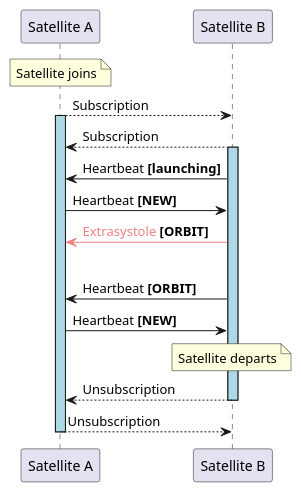
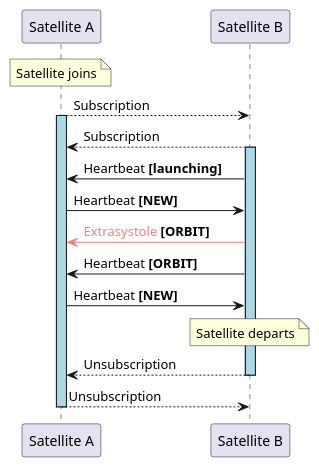
One commit to constellation-daq/Constellation changed the second of 6 diagrams in docs/framework_reference/protocols.md. Above: the diagram before and after it, drawn with PlantUML. The commit also changed other lines of this file, not shown here.

Commit message:
docs/proto: update UML diagrams

````diff
--- a/docs/framework_reference/protocols.md
+++ b/docs/framework_reference/protocols.md
@@ -64,20 +64,20 @@
 ```plantuml
 @startuml
+skinparam ParticipantPadding 50
 note over "Satellite A" : Satellite joins
 "Satellite A" --> "Satellite B": Subscription
 activate "Satellite A" #lightblue
 "Satellite A" <-- "Satellite B": Subscription
 activate "Satellite B" #lightblue
 "Satellite A" <- "Satellite B": Heartbeat **[launching]**
 "Satellite A" -> "Satellite B": Heartbeat **[NEW]**
 "Satellite A" <[#lightcoral]- "Satellite B": <font color=lightcoral>Extrasystole</font> **[ORBIT]**
-|||
 "Satellite A" <- "Satellite B": Heartbeat **[ORBIT]**
 "Satellite A" -> "Satellite B": Heartbeat **[NEW]**
 note over "Satellite B" : Satellite departs
 "Satellite A" <-- "Satellite B": Unsubscription
 deactivate "Satellite B"
 "Satellite A" --> "Satellite B": Unsubscription
 deactivate "Satellite A"
 @enduml
 ```
````
